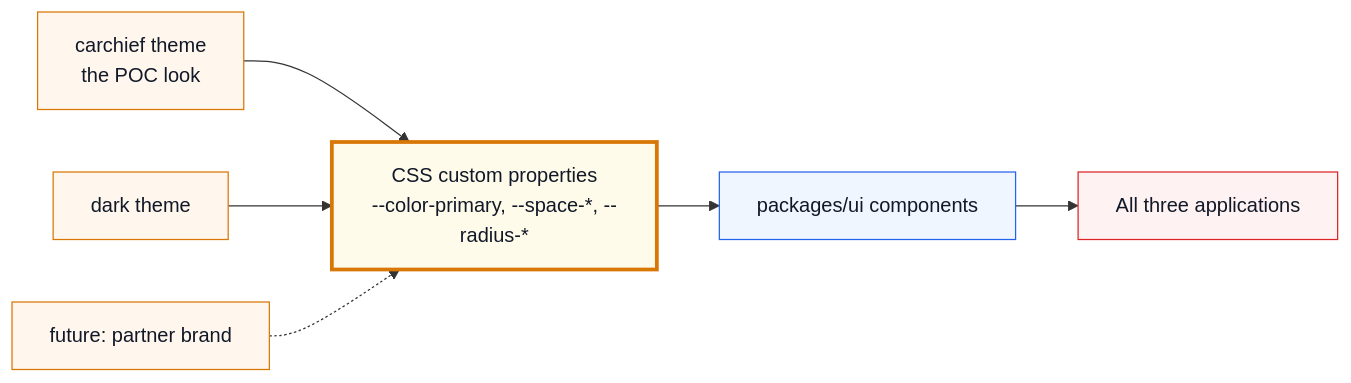
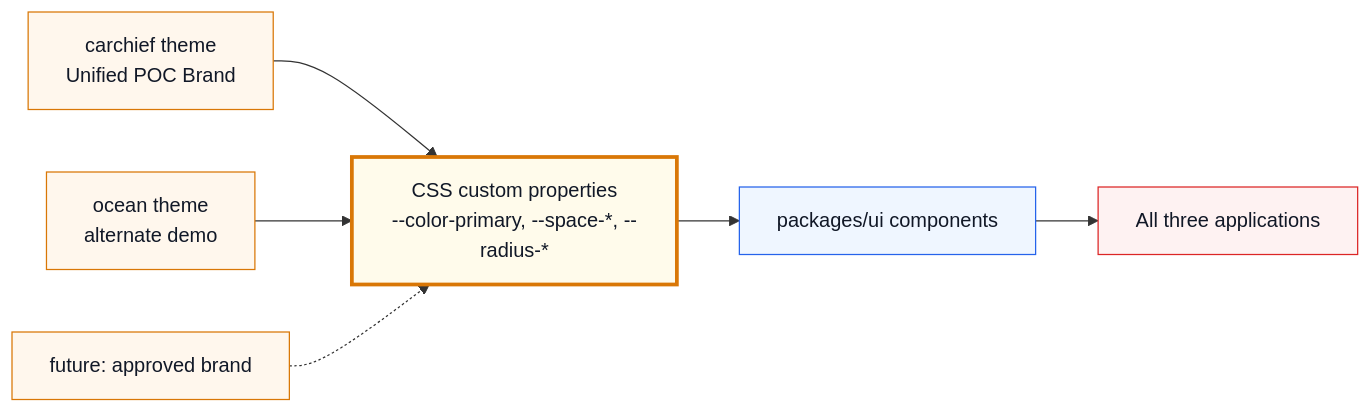
One commit to charithwellage/customerpanel changed the seventh of 7 diagrams in FRONT_END_ARCHITECTURE.md. Above: the diagram before and after it, drawn with Mermaid. The commit also changed other lines of this file and 40 other files, not shown here.

````diff
--- a/FRONT_END_ARCHITECTURE.md
+++ b/FRONT_END_ARCHITECTURE.md
@@ -758,18 +758,18 @@
 ```mermaid
 flowchart LR
-    T1["carchief theme<br/>the POC look"] --> TOK
-    T2["dark theme"] --> TOK
-    T3["future: partner brand"] -.-> TOK
+    T1["carchief theme<br/>Unified POC Brand"] --> TOK
+    T2["ocean theme<br/>alternate demo"] --> TOK
+    T3["future: approved brand"] -.-> TOK
     TOK["CSS custom properties<br/>--color-primary, --space-*, --radius-*"]
     TOK --> UI["packages/ui components"]
     UI --> APPS["All three applications"]
 
     classDef theme fill:#fff7ed,stroke:#d97706,color:#111827
     classDef tok fill:#fffbeb,stroke:#d97706,color:#111827,stroke-width:3px
     classDef comp fill:#eff6ff,stroke:#2563eb,color:#111827
     classDef app fill:#fef2f2,stroke:#dc2626,color:#111827
     class T1,T2,T3 theme
     class TOK tok
     class UI comp
     class APPS app
 ```
````
